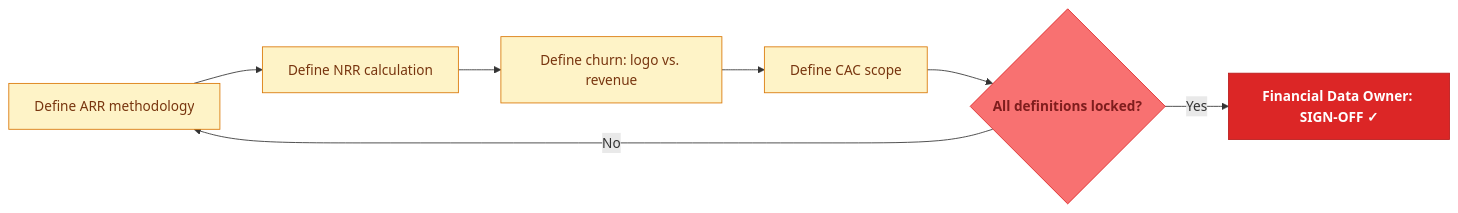
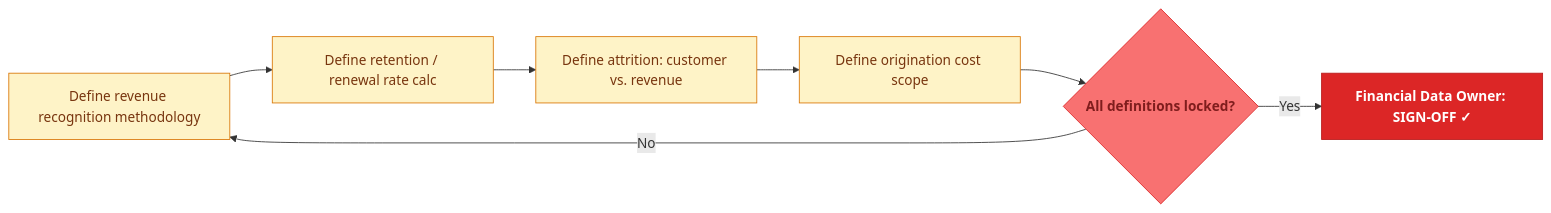
The third of 16 diagrams in README.md (mrchanpark/IC-Memo-Flow-Chart-V2), drawn with Mermaid before and after one commit. The commit also changed other lines of this file and 2 other files, not shown here.

````diff
--- a/README.md
+++ b/README.md
@@ -66,12 +67,12 @@
 ```mermaid
 flowchart LR
-  A["Define ARR methodology"]:::yel --> B["Define NRR calculation"]:::yel
-  B --> C["Define churn: logo vs. revenue"]:::yel
-  C --> D["Define CAC scope"]:::yel
+  A["Define revenue recognition methodology"]:::yel --> B["Define retention / renewal rate calc"]:::yel
+  B --> C["Define attrition: customer vs. revenue"]:::yel
+  C --> D["Define origination cost scope"]:::yel
   D --> E{"All definitions locked?"}:::redD
   E -- No --> A
   E -- Yes --> F["Financial Data Owner: SIGN-OFF ✓"]:::redM
   classDef yel fill:#fef3c7,stroke:#d97706,color:#78350f
   classDef redD fill:#f87171,stroke:#dc2626,color:#7f1d1d,font-weight:700
   classDef redM fill:#dc2626,stroke:#b91c1c,color:#fff,font-weight:700
 ```
````
